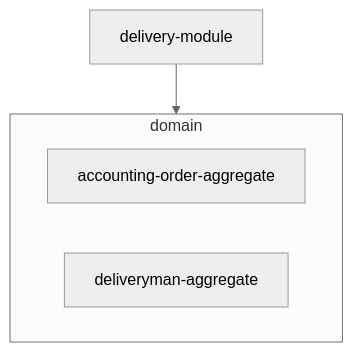
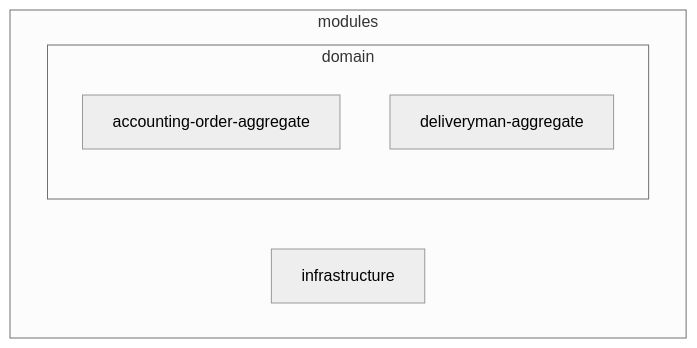
The first of 4 diagrams in README.md (zhuravlevma/typescript-ddd-architecture), drawn with Mermaid (neutral theme) before and after one commit. The commit also changed other lines of this file and 79 other files, not shown here.

````diff
--- a/README.md
+++ b/README.md
@@ -17,8 +7,10 @@
 ```mermaid
-  flowchart TD
-	delivery-module --> domain
+    flowchart TD
+    subgraph modules
+	infrastructure
     subgraph domain
 	accounting-order-aggregate
 	deliveryman-aggregate
 	end
+    end
 ```
````
